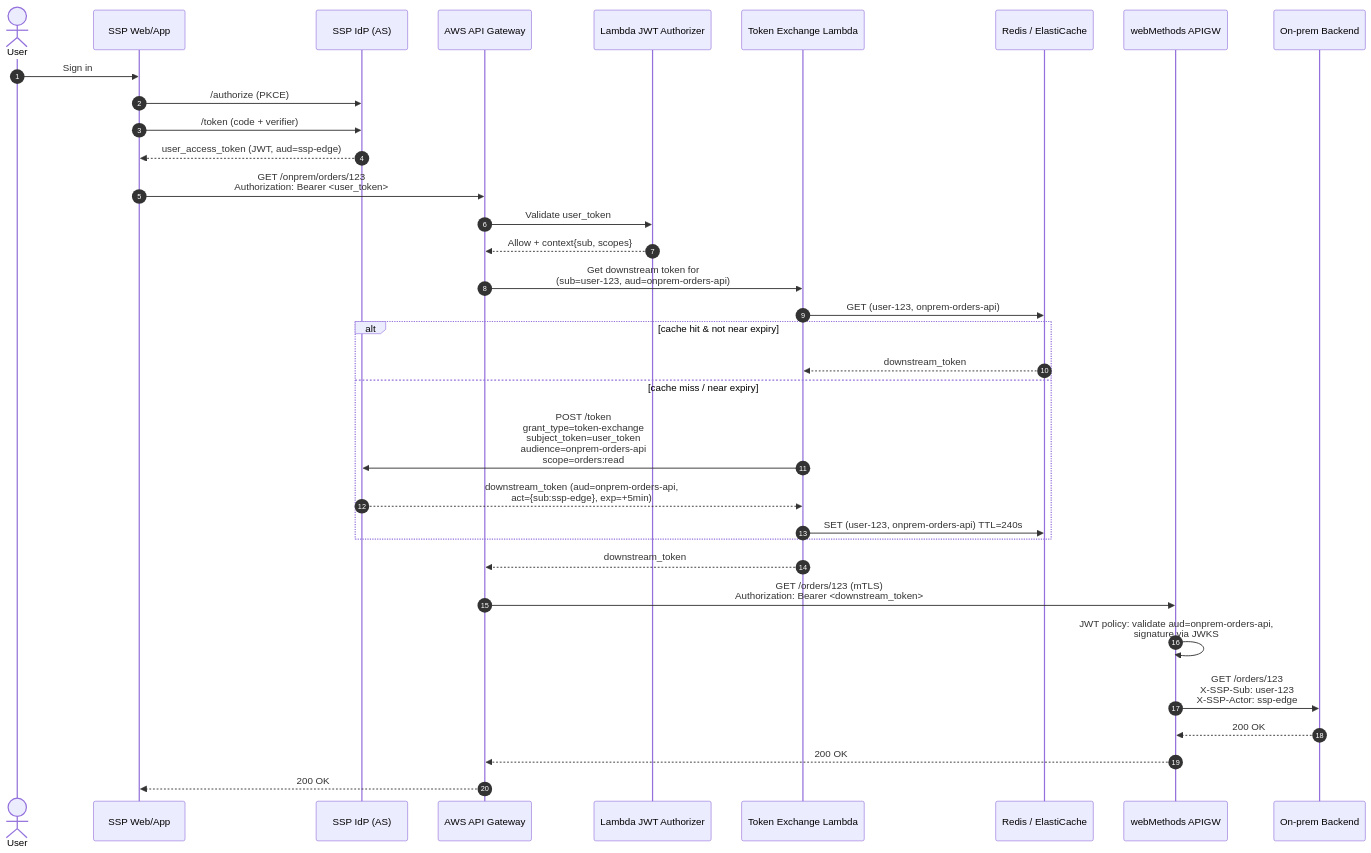
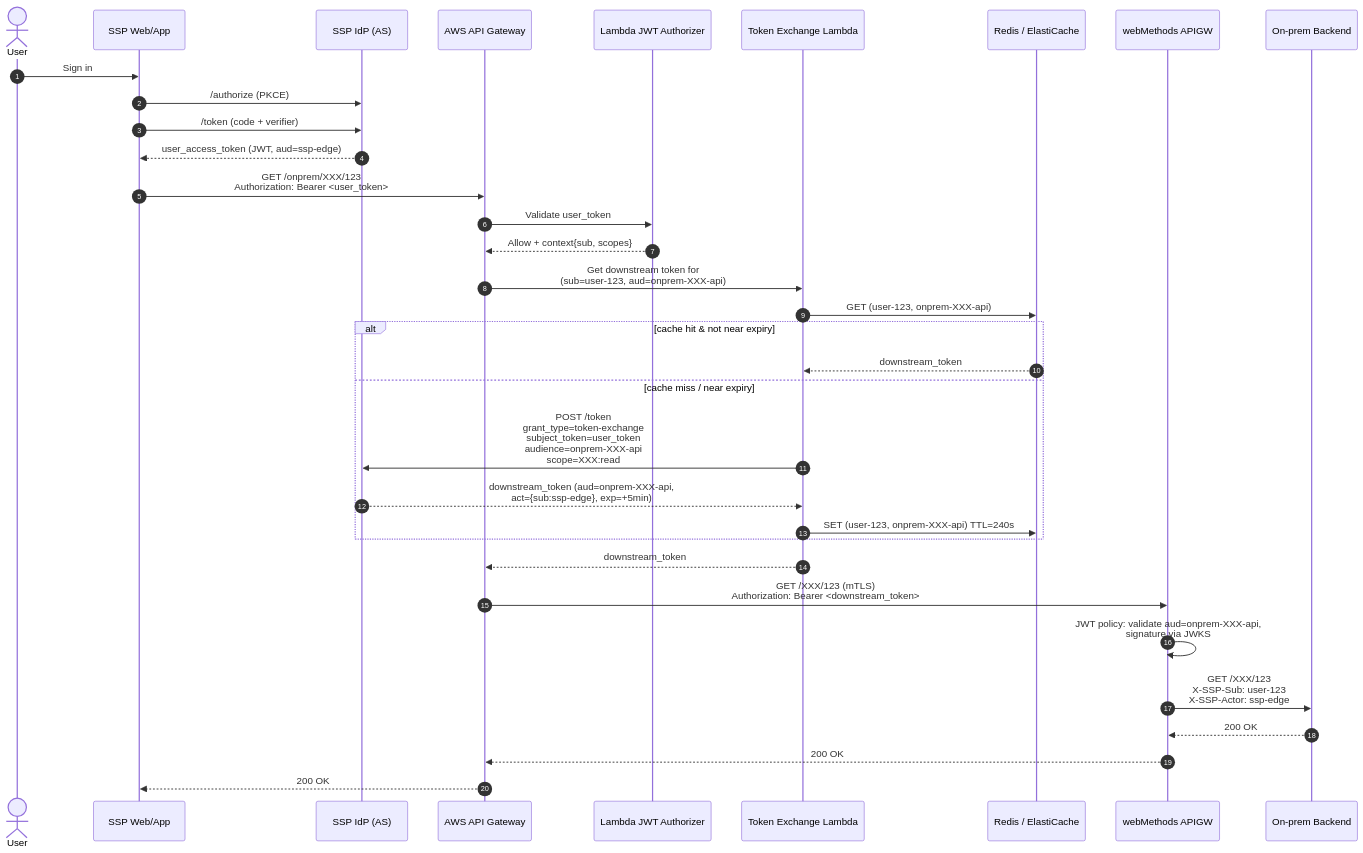
The second of 3 diagrams in docs/02-oauth-flow.md (kantheti73/aws_ssp_webmethods_onprem), drawn with Mermaid before and after one commit. The commit also changed other lines of this file, not shown here.

Commit message:
Update OAuth flow documentation for new API audience

````diff
--- a/docs/02-oauth-flow.md
+++ b/docs/02-oauth-flow.md
@@ -129,40 +129,40 @@
 ```mermaid
 sequenceDiagram
     autonumber
     actor User
     participant SSP as SSP Web/App
     participant IdP as SSP IdP (AS)
     participant AWS as AWS API Gateway
     participant LA as Lambda JWT Authorizer
     participant TX as Token Exchange Lambda
     participant Cache as Redis / ElastiCache
     participant WM as webMethods APIGW
     participant BE as On-prem Backend
 
     User->>SSP: Sign in
     SSP->>IdP: /authorize (PKCE)
     SSP->>IdP: /token (code + verifier)
     IdP-->>SSP: user_access_token (JWT, aud=ssp-edge)
 
-    SSP->>AWS: GET /onprem/orders/123<br/>Authorization: Bearer <user_token>
+    SSP->>AWS: GET /onprem/XXX/123<br/>Authorization: Bearer <user_token>
     AWS->>LA: Validate user_token
     LA-->>AWS: Allow + context{sub, scopes}
 
-    AWS->>TX: Get downstream token for<br/>(sub=user-123, aud=onprem-orders-api)
-    TX->>Cache: GET (user-123, onprem-orders-api)
+    AWS->>TX: Get downstream token for<br/>(sub=user-123, aud=onprem-XXX-api)
+    TX->>Cache: GET (user-123, onprem-XXX-api)
     alt cache hit & not near expiry
         Cache-->>TX: downstream_token
     else cache miss / near expiry
-        TX->>IdP: POST /token<br/>grant_type=token-exchange<br/>subject_token=user_token<br/>audience=onprem-orders-api<br/>scope=orders:read
-        IdP-->>TX: downstream_token (aud=onprem-orders-api,<br/>act={sub:ssp-edge}, exp=+5min)
-        TX->>Cache: SET (user-123, onprem-orders-api) TTL=240s
+        TX->>IdP: POST /token<br/>grant_type=token-exchange<br/>subject_token=user_token<br/>audience=onprem-XXX-api<br/>scope=XXX:read
+        IdP-->>TX: downstream_token (aud=onprem-XXX-api,<br/>act={sub:ssp-edge}, exp=+5min)
+        TX->>Cache: SET (user-123, onprem-XXX-api) TTL=240s
     end
     TX-->>AWS: downstream_token
 
-    AWS->>WM: GET /orders/123 (mTLS)<br/>Authorization: Bearer <downstream_token>
-    WM->>WM: JWT policy: validate aud=onprem-orders-api,<br/>signature via JWKS
-    WM->>BE: GET /orders/123<br/>X-SSP-Sub: user-123<br/>X-SSP-Actor: ssp-edge
+    AWS->>WM: GET /XXX/123 (mTLS)<br/>Authorization: Bearer <downstream_token>
+    WM->>WM: JWT policy: validate aud=onprem-XXX-api,<br/>signature via JWKS
+    WM->>BE: GET /XXX/123<br/>X-SSP-Sub: user-123<br/>X-SSP-Actor: ssp-edge
     BE-->>WM: 200 OK
     WM-->>AWS: 200 OK
     AWS-->>SSP: 200 OK
 ```
````
